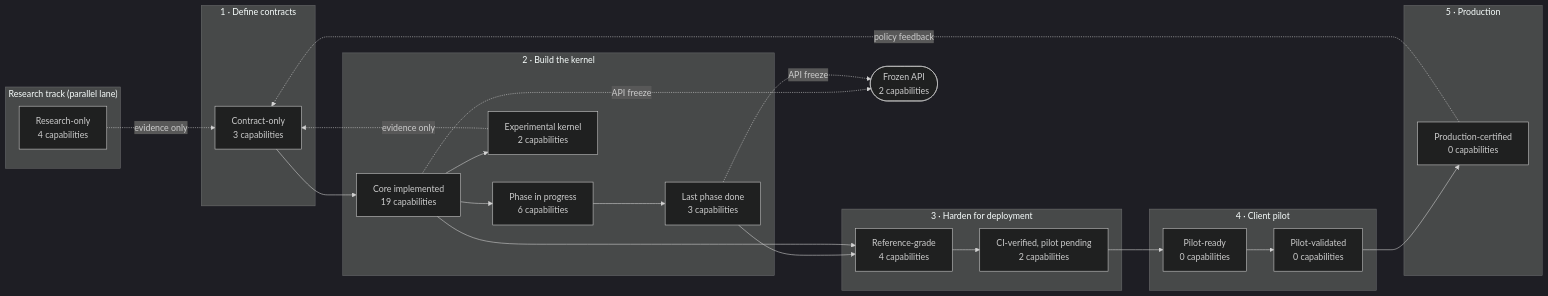
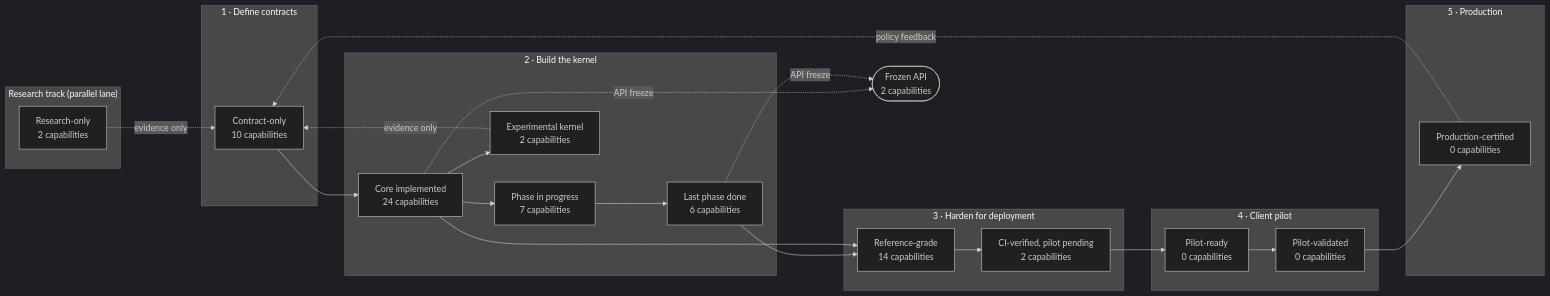
One commit to rasaha/symbolu changed the fourth of 4 diagrams in docs/UGENCE_ENTERPRISE_AI_GOVERNANCE_CAPABILITY_PIPELINE.md. Above: the diagram before and after it, drawn with Mermaid (dark theme). The commit also changed other lines of this file and 7 other files, not shown here.

````diff
--- a/docs/UGENCE_ENTERPRISE_AI_GOVERNANCE_CAPABILITY_PIPELINE.md
+++ b/docs/UGENCE_ENTERPRISE_AI_GOVERNANCE_CAPABILITY_PIPELINE.md
@@ -1401,40 +1926,40 @@
 ```mermaid
 flowchart LR
     subgraph DEF["1 · Define contracts"]
-        CO["Contract-only<br/>3 capabilities"]
+        CO["Contract-only<br/>10 capabilities"]
     end
     subgraph BUILD["2 · Build the kernel"]
-        CI["Core implemented<br/>19 capabilities"]
-        PIP["Phase in progress<br/>6 capabilities"]
-        LPD["Last phase done<br/>3 capabilities"]
+        CI["Core implemented<br/>24 capabilities"]
+        PIP["Phase in progress<br/>7 capabilities"]
+        LPD["Last phase done<br/>6 capabilities"]
         EXP["Experimental kernel<br/>2 capabilities"]
     end
     subgraph HARDEN["3 · Harden for deployment"]
-        RG["Reference-grade<br/>4 capabilities"]
+        RG["Reference-grade<br/>14 capabilities"]
         CIV["CI-verified, pilot pending<br/>2 capabilities"]
     end
     subgraph PILOT["4 · Client pilot"]
         PR["Pilot-ready<br/>0 capabilities"]
         PV["Pilot-validated<br/>0 capabilities"]
     end
     subgraph PROD["5 · Production"]
         PC["Production-certified<br/>0 capabilities"]
     end
     subgraph RES["Research track (parallel lane)"]
-        RO["Research-only<br/>4 capabilities"]
+        RO["Research-only<br/>2 capabilities"]
     end
     FZ(["Frozen API<br/>2 capabilities"])
 
     CO --> CI
     CI --> PIP --> LPD
     CI --> EXP
     LPD --> RG
     CI --> RG
     RG --> CIV
     CIV --> PR --> PV --> PC
     EXP -. "evidence only" .-> CO
     RO -. "evidence only" .-> CO
     CI -. "API freeze" .-> FZ
     LPD -. "API freeze" .-> FZ
     PC -. "policy feedback" .-> CO
 ```
````
